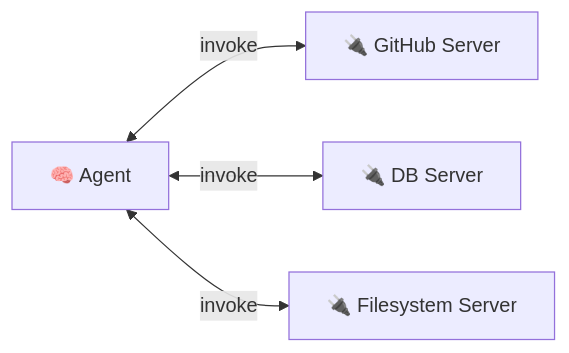
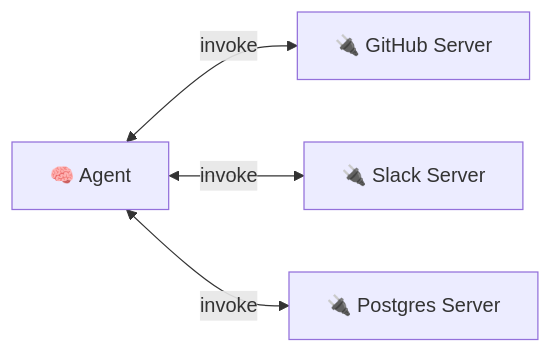
Before and after one commit to agenticloops-ai/agentic-ai-engineering: the sixth of 8 diagrams in 01-foundations/workshop.md, drawn with Mermaid. The commit also changed other lines of this file, not shown here.

````diff
--- a/01-foundations/workshop.md
+++ b/01-foundations/workshop.md
@@ -354,6 +479,6 @@
 ```mermaid
 flowchart LR
     A[🧠 Agent] <-->|invoke| S1[🔌 GitHub Server]
-    A <-->|invoke| S2[🔌 DB Server]
-    A <-->|invoke| S3[🔌 Filesystem Server]
+    A <-->|invoke| S2[🔌 Slack Server]
+    A <-->|invoke| S3[🔌 Postgres Server]
 ```
````
